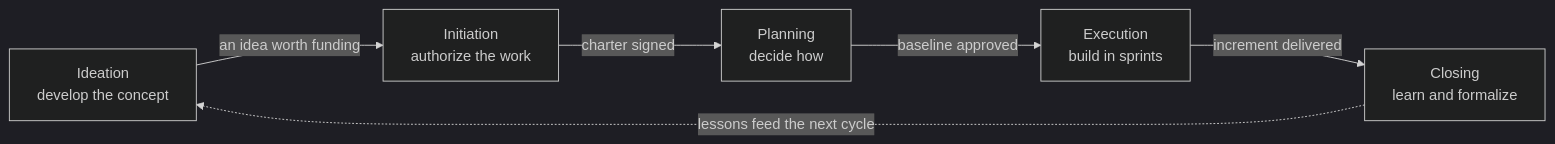
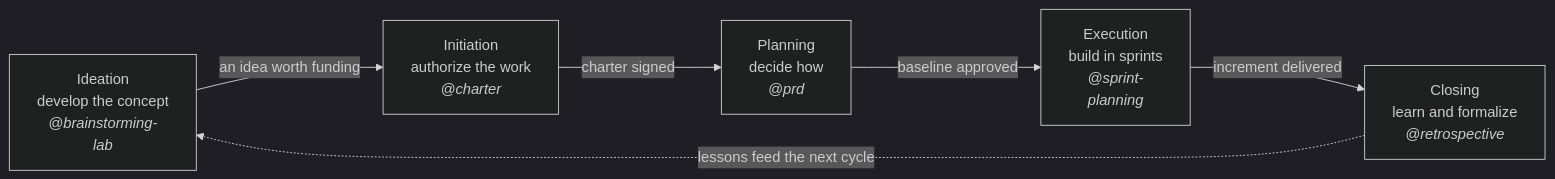
The second of 2 diagrams in README.md (njse22/agentic-pm-kit), drawn with Mermaid (dark theme) before and after one commit. The commit also changed other lines of this file, not shown here.

````diff
--- a/README.md
+++ b/README.md
@@ -114,8 +114,8 @@
 ```mermaid
 flowchart LR
-  A["Ideation<br/>develop the concept"] -->|"an idea worth funding"| B["Initiation<br/>authorize the work"]
-  B -->|"charter signed"| C["Planning<br/>decide how"]
-  C -->|"baseline approved"| D["Execution<br/>build in sprints"]
-  D -->|"increment delivered"| E["Closing<br/>learn and formalize"]
+  A["Ideation<br/>develop the concept<br/><i>@brainstorming-<br/>lab</i>"] -->|"an idea worth funding"| B["Initiation<br/>authorize the work<br/><i>@charter</i>"]
+  B -->|"charter signed"| C["Planning<br/>decide how<br/><i>@prd</i>"]
+  C -->|"baseline approved"| D["Execution<br/>build in sprints<br/><i>@sprint-<br/>planning</i>"]
+  D -->|"increment delivered"| E["Closing<br/>learn and formalize<br/><i>@retrospective</i>"]
   E -. "lessons feed the next cycle" .-> A
 ```
````
